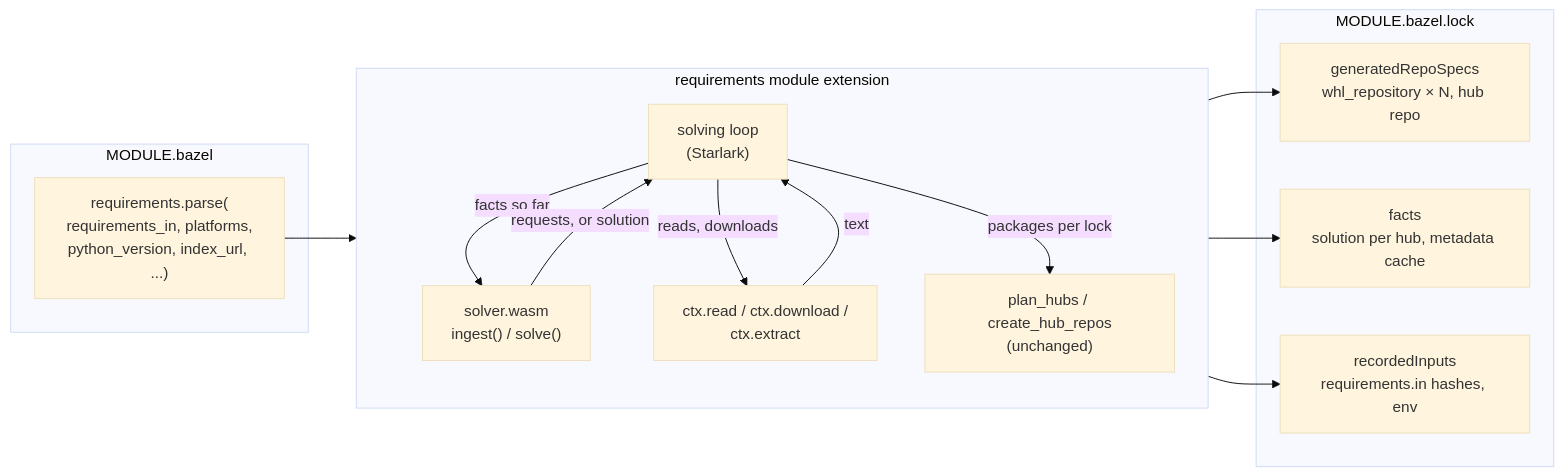
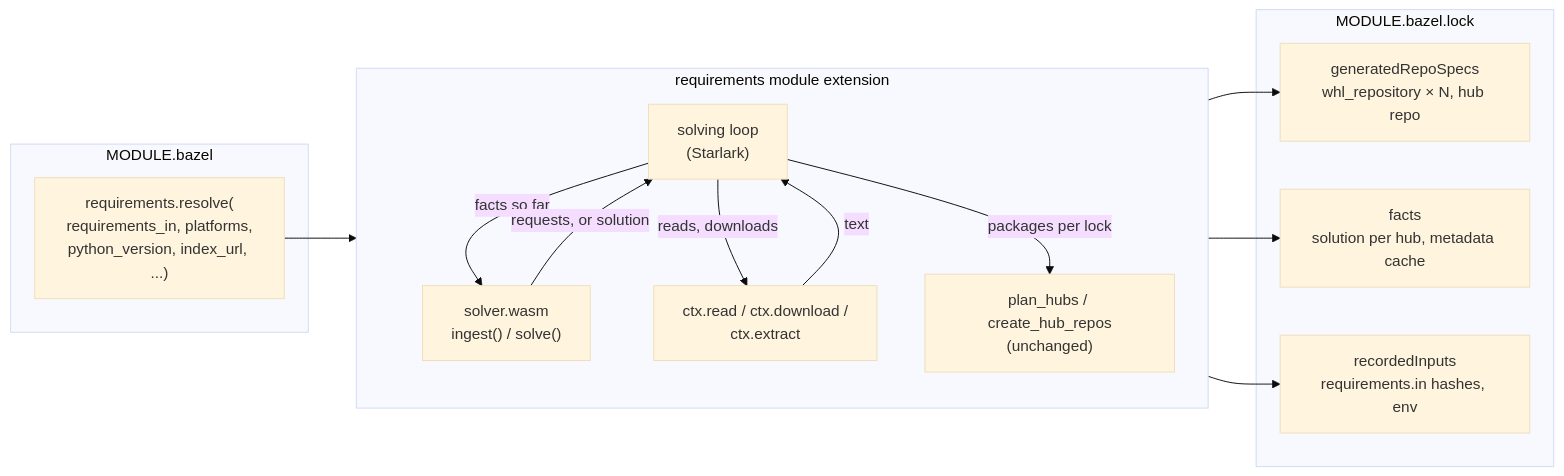
The first of 2 diagrams in docs/design/wasm_mode.md (periareon/req-compile), drawn with Mermaid (base theme) before and after one commit. The commit also changed other lines of this file and 17 other files, not shown here.

First line of the commit message:
Add the resolve tag and let a hub maintain its pinned requirements file (#160)

````diff
--- a/docs/design/wasm_mode.md
+++ b/docs/design/wasm_mode.md
@@ -123,27 +123,27 @@
 ```mermaid
 flowchart LR
     subgraph inputs["MODULE.bazel"]
-        tag["requirements.parse(<br/>requirements_in, platforms,<br/>python_version, index_url, ...)"]
+        tag["requirements.resolve(<br/>requirements_in, platforms,<br/>python_version, index_url, ...)"]
     end
     subgraph ext["requirements module extension"]
         direction TB
         loop["solving loop<br/>(Starlark)"]
         wasm["solver.wasm<br/>ingest() / solve()"]
         io["ctx.read / ctx.download /<br/>ctx.extract"]
         loop -- "facts so far" --> wasm
         wasm -- "requests, or solution" --> loop
         loop -- "reads, downloads" --> io
         io -- "text" --> loop
         plan["plan_hubs / create_hub_repos<br/>(unchanged)"]
         loop -- "packages per lock" --> plan
     end
     subgraph lock["MODULE.bazel.lock"]
         specs["generatedRepoSpecs<br/>whl_repository × N, hub repo"]
         facts["facts<br/>solution per hub, metadata cache"]
         rec["recordedInputs<br/>requirements.in hashes, env"]
     end
     tag --> loop
     plan --> specs
     loop --> facts
     io --> rec
 ```
````
